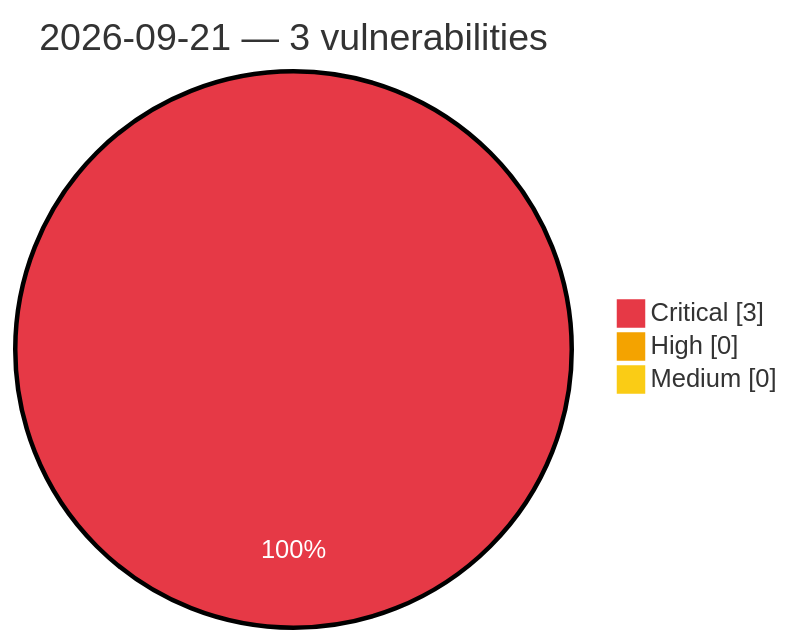
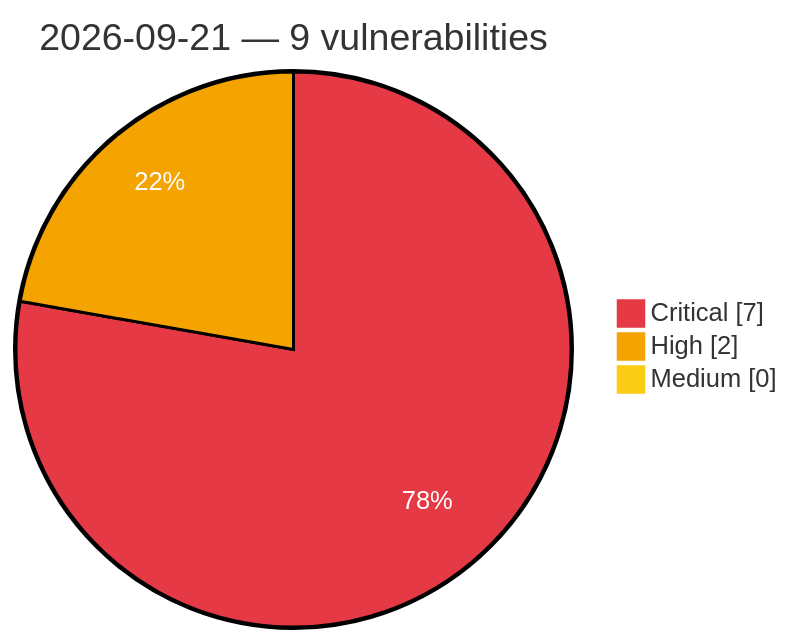
Before and after one commit to GhostX0X/vuln-tracker: the diagram in vulnerabilities/2026/September/2026-09-21.md, drawn with Mermaid. The commit also changed other lines of this file and 5 other files, not shown here.

Commit message:
Auto update: critical/high vulns (2026-09-21 06:19 UTC)

````diff
--- a/vulnerabilities/2026/September/2026-09-21.md
+++ b/vulnerabilities/2026/September/2026-09-21.md
@@ -3,8 +3,8 @@
 ```mermaid
 %%{init: {'theme':'base', 'themeVariables': {'pie1':'#e63946', 'pie2':'#f4a300', 'pie3':'#facc15', 'pieOpacity':'1', 'pieOuterStrokeWidth':'2px', 'pieSectionTextColor':'#ffffff'}}}%%
 pie showData
-    title 2026-09-21 — 3 vulnerabilities
-    "Critical" : 3
-    "High" : 0
+    title 2026-09-21 — 9 vulnerabilities
+    "Critical" : 7
+    "High" : 2
     "Medium" : 0
 ```
````
